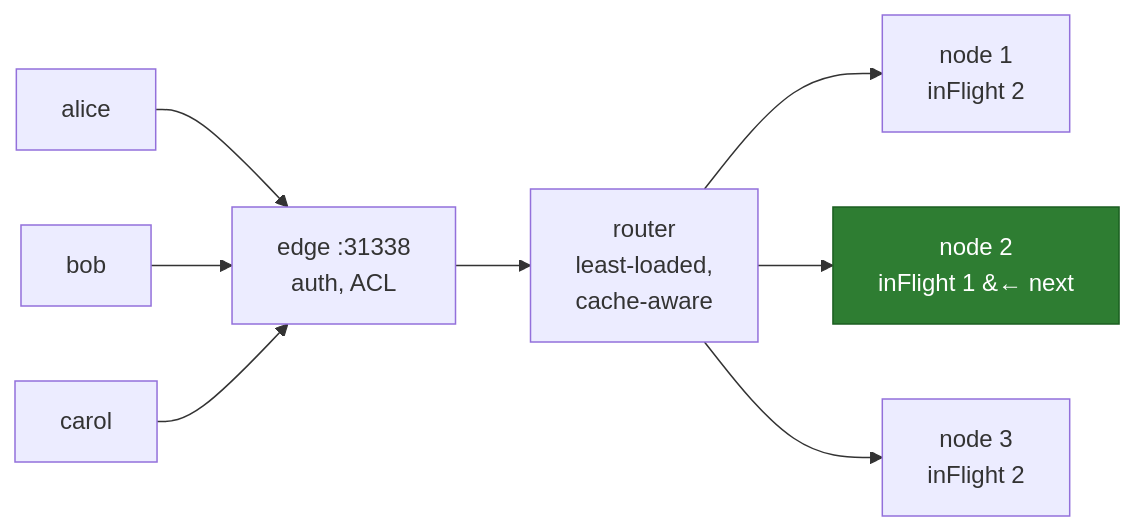
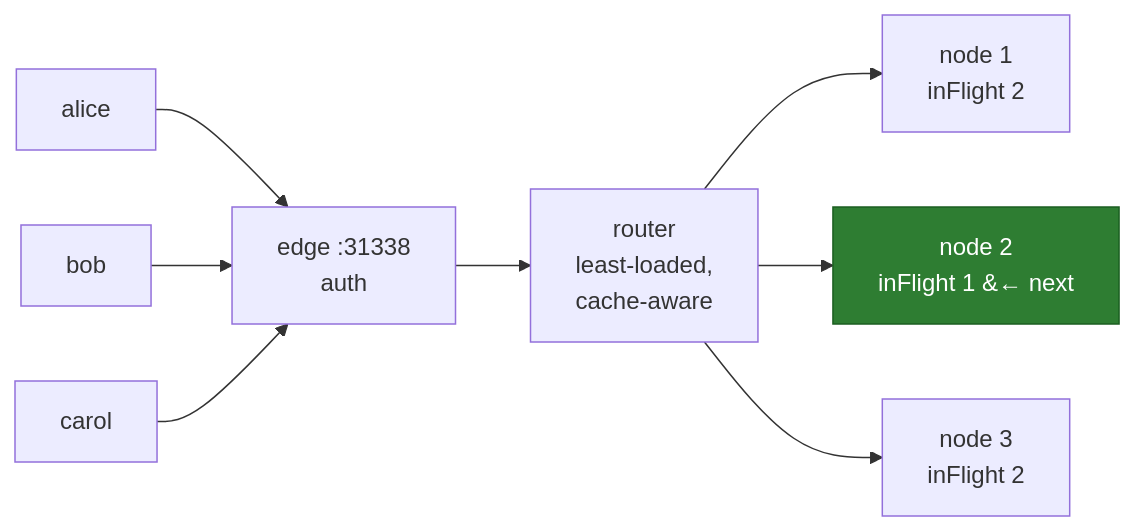
Before and after one commit to starlake-ai/starlake-docs: the second of 6 diagrams in qod/operating/deploy-single-server.md, drawn with Mermaid. The commit also changed other lines of this file and 12 other files, not shown here.

````diff
--- a/qod/operating/deploy-single-server.md
+++ b/qod/operating/deploy-single-server.md
@@ -140,19 +142,19 @@
 ```mermaid
 graph LR
   alice["alice"]
   bob["bob"]
   carol["carol"]
-  edge["edge :31338<br/>auth, ACL"]
+  edge["edge :31338<br/>auth"]
   router["router<br/>least-loaded,<br/>cache-aware"]
   n1["node 1<br/>inFlight 2"]
   n2["node 2<br/>inFlight 1 &#8592; next"]
   n3["node 3<br/>inFlight 2"]
   alice --> edge
   bob --> edge
   carol --> edge
   edge --> router
   router --> n1
   router --> n2
   router --> n3
   style n2 fill:#2e7d32,stroke:#1b5e20,color:#fff
 ```
````
